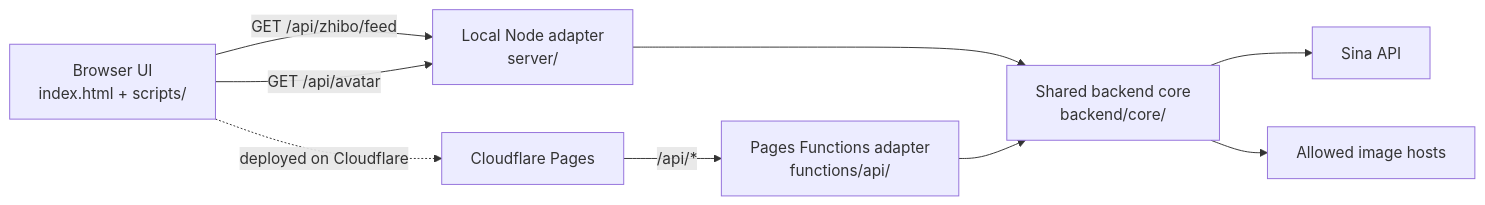
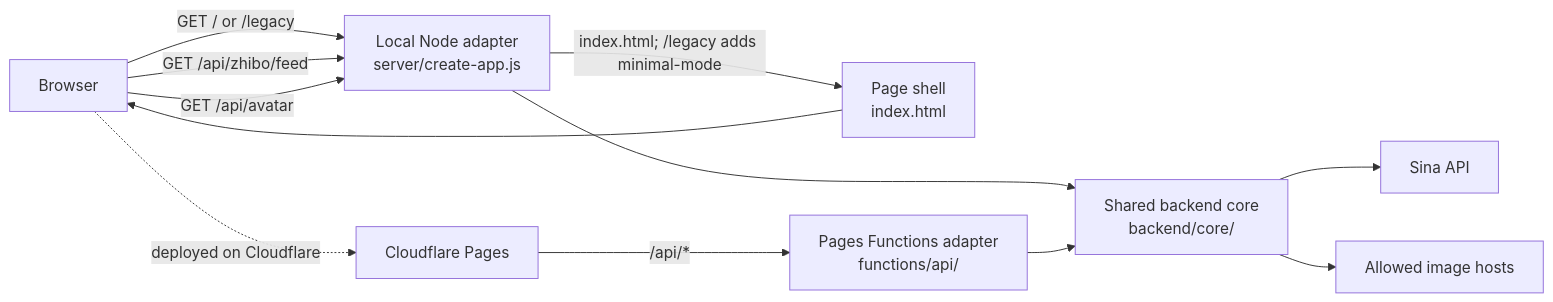
One commit to virtuecho/sina7x24 changed the first of 3 diagrams in ARCHITECTURE.md. Above: the diagram before and after it, drawn with Mermaid. The commit also changed other lines of this file and 6 other files, not shown here.

Commit message:
Add /legacy minimal viewer mode

````diff
--- a/ARCHITECTURE.md
+++ b/ARCHITECTURE.md
@@ -20,14 +20,18 @@
 ```mermaid
 flowchart LR
-  Browser["Browser UI<br/>index.html + scripts/"] -->|GET /api/zhibo/feed| Node["Local Node adapter<br/>server/"]
+  Browser["Browser"] -->|GET / or /legacy| Node["Local Node adapter<br/>server/create-app.js"]
+  Node -->|index.html; /legacy adds minimal-mode| Page["Page shell<br/>index.html"]
+  Page --> Browser
+
+  Browser -->|GET /api/zhibo/feed| Node
   Browser -->|GET /api/avatar| Node
 
   Browser -. deployed on Cloudflare .-> Pages["Cloudflare Pages"]
   Pages -->|/api/*| Functions["Pages Functions adapter<br/>functions/api/"]
 
   Node --> Core["Shared backend core<br/>backend/core/"]
   Functions --> Core
 
   Core --> Sina["Sina API"]
   Core --> Avatar["Allowed image hosts"]
 ```
````
